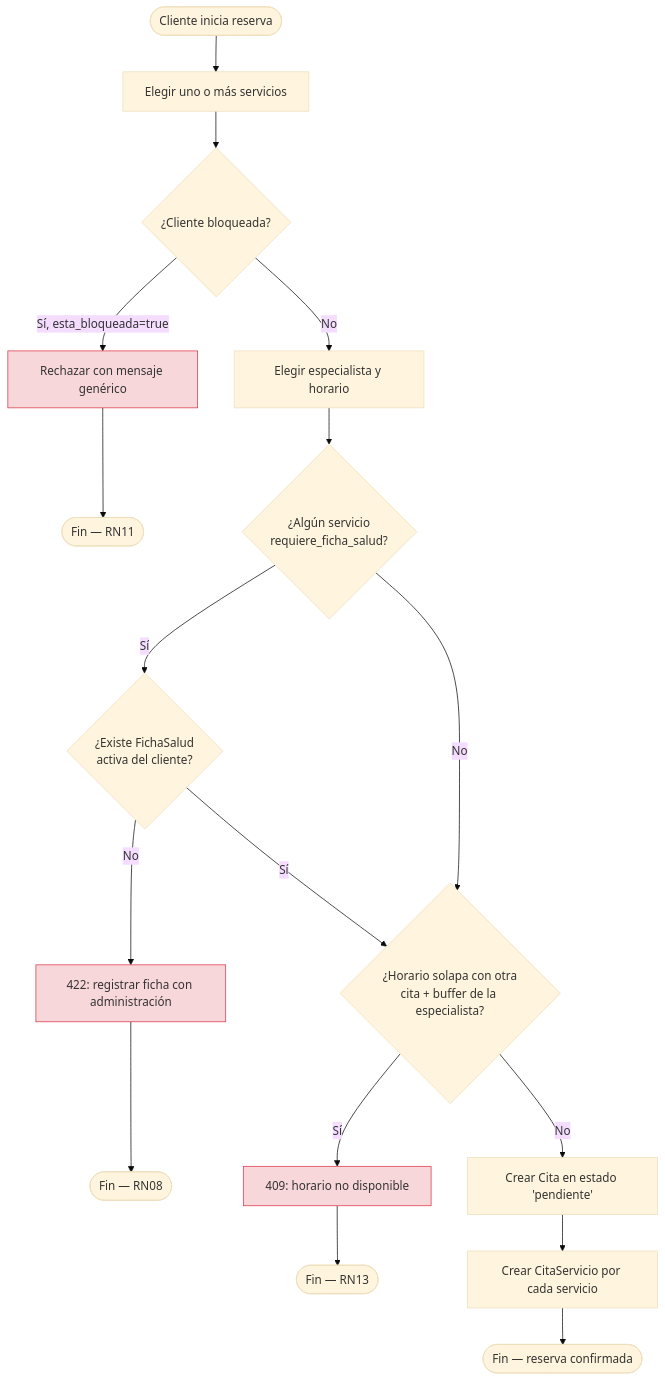
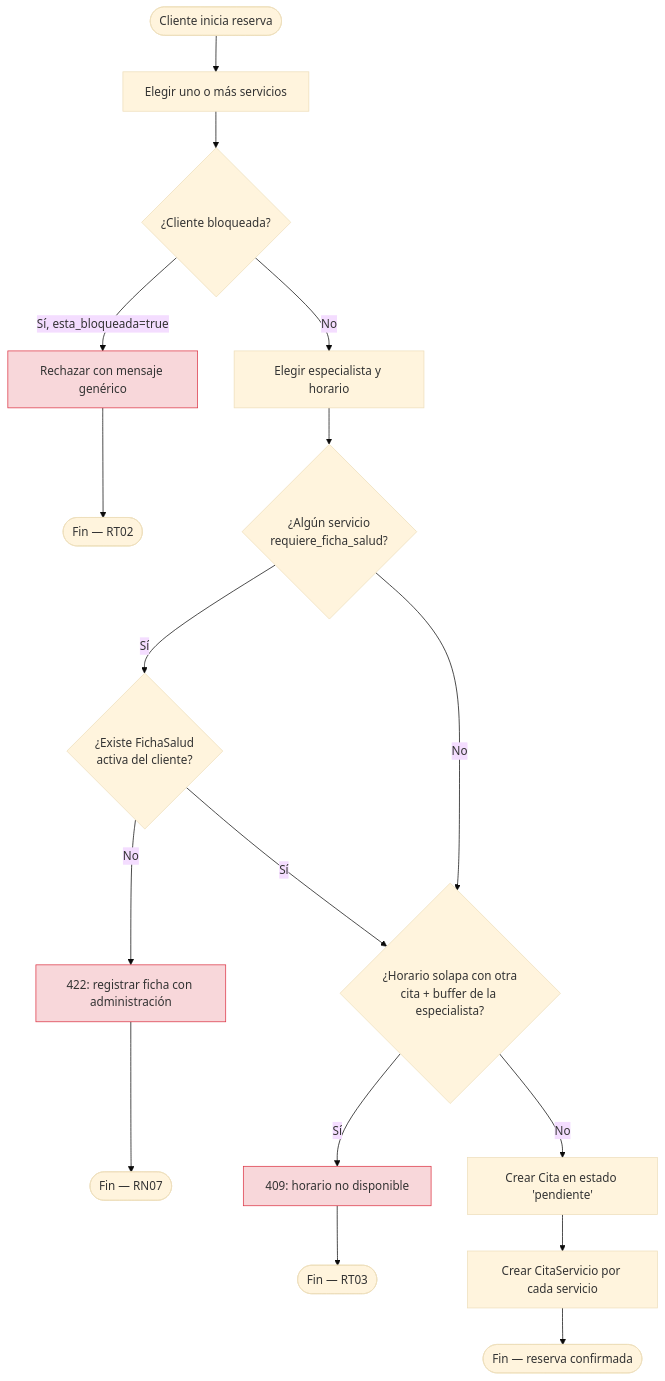
Before and after one commit to Alezzandromv/welve: the first of 6 diagrams in docs/tesis/06_DIAGRAMAS_DE_ACTIVIDAD.md, drawn with Mermaid (base theme). The commit also changed other lines of this file and 73 other files, not shown here.

````diff
--- a/docs/tesis/06_DIAGRAMAS_DE_ACTIVIDAD.md
+++ b/docs/tesis/06_DIAGRAMAS_DE_ACTIVIDAD.md
@@ -9,21 +9,21 @@
 ```mermaid
 flowchart TD
     Start([Cliente inicia reserva]) --> A[Elegir uno o más servicios]
     A --> B{¿Cliente bloqueada?}
     B -->|Sí, esta_bloqueada=true| RejBloq[Rechazar con mensaje genérico]:::reject
-    RejBloq --> End1([Fin — RN11])
+    RejBloq --> End1([Fin — RT02])
     B -->|No| C[Elegir especialista y horario]
     C --> D{"¿Algún servicio<br/>requiere_ficha_salud?"}
     D -->|Sí| E{"¿Existe FichaSalud<br/>activa del cliente?"}
     E -->|No| RejFicha[422: registrar ficha con administración]:::reject
-    RejFicha --> End2([Fin — RN08])
+    RejFicha --> End2([Fin — RN07])
     E -->|Sí| F
     D -->|No| F{"¿Horario solapa con otra<br/>cita + buffer de la especialista?"}
     F -->|Sí| RejSolape[409: horario no disponible]:::reject
-    RejSolape --> End3([Fin — RN13])
+    RejSolape --> End3([Fin — RT03])
     F -->|No| G[Crear Cita en estado 'pendiente']
     G --> H[Crear CitaServicio por cada servicio]
     H --> End4([Fin — reserva confirmada])
 
     classDef reject fill:#f8d7da,stroke:#dc3545
 ```
````
